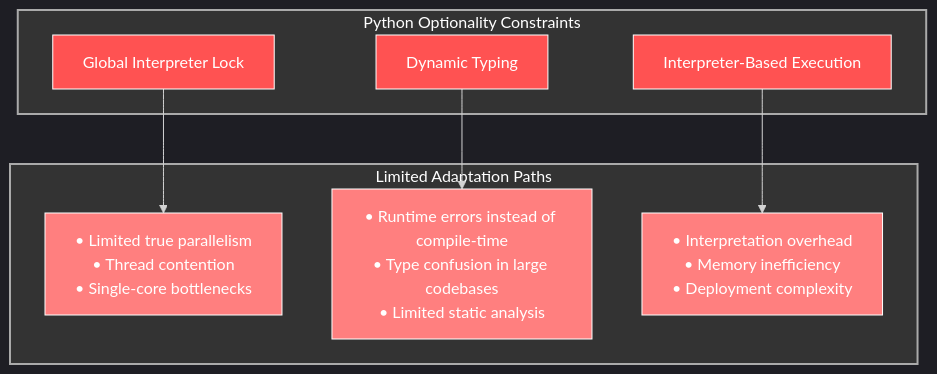
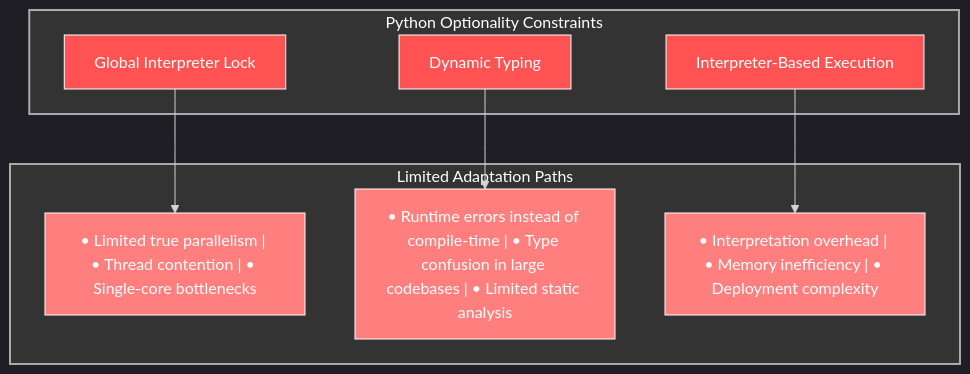
One commit to houstonhaynes/AD4SDocs changed the first of 2 diagrams in 01 Pythons Winding Path to Antifragility.md. Above: the diagram before and after it, drawn with Mermaid. The commit also changed other lines of this file and 4 other files, not shown here.

Commit message:
Fix mermaid diagrams

````diff
--- a/01 Pythons Winding Path to Antifragility.md
+++ b/01 Pythons Winding Path to Antifragility.md
@@ -15,24 +15,24 @@
 ```mermaid
 %%{init: {'theme': 'dark', 'themeVariables': { 'primaryColor': '#242424', 'primaryTextColor': '#fff', 'primaryBorderColor': '#888', 'lineColor': '#d3d3d3', 'secondaryColor': '#2b2b2b', 'tertiaryColor': '#333' }}}%%
 flowchart TD
     subgraph Python["Python Optionality Constraints"]
         GIL["Global Interpreter Lock"]
         DynamicType["Dynamic Typing"]
         Interpreter["Interpreter-Based Execution"]
     end
     
     subgraph LimitedPaths["Limited Adaptation Paths"]
-        GIL --> Concurrency["• Limited true parallelism\n• Thread contention\n• Single-core bottlenecks"]
-        DynamicType --> Safety["• Runtime errors instead of compile-time\n• Type confusion in large codebases\n• Limited static analysis"]
-        Interpreter --> Performance["• Interpretation overhead\n• Memory inefficiency\n• Deployment complexity"]
+        GIL --> Concurrency["• Limited true parallelism | • Thread contention | • Single-core bottlenecks"]
+        DynamicType --> Safety["• Runtime errors instead of compile-time | • Type confusion in large codebases | • Limited static analysis"]
+        Interpreter --> Performance["• Interpretation overhead | • Memory inefficiency | • Deployment complexity"]
     end
     
     style Python fill:#333,stroke:#aaa,stroke-width:2px,color:#fff
     style LimitedPaths fill:#333,stroke:#aaa,stroke-width:2px,color:#fff
     style GIL fill:#FF5252,stroke:#fff,stroke-width:1px,color:#fff
     style DynamicType fill:#FF5252,stroke:#fff,stroke-width:1px,color:#fff
     style Interpreter fill:#FF5252,stroke:#fff,stroke-width:1px,color:#fff
     style Concurrency fill:#ff7f7f,stroke:#fff,stroke-width:1px,color:#fff
     style Safety fill:#ff7f7f,stroke:#fff,stroke-width:1px,color:#fff
     style Performance fill:#ff7f7f,stroke:#fff,stroke-width:1px,color:#fff
 ```
````
